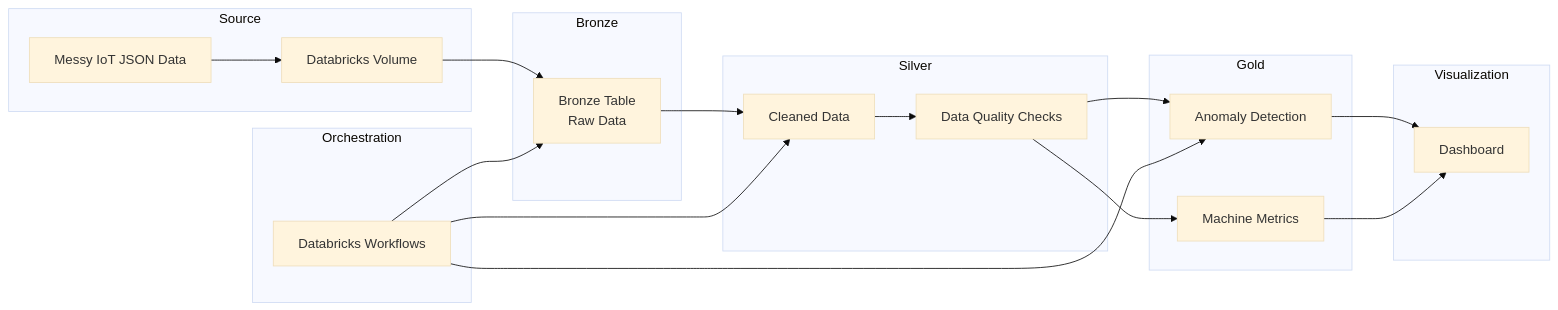
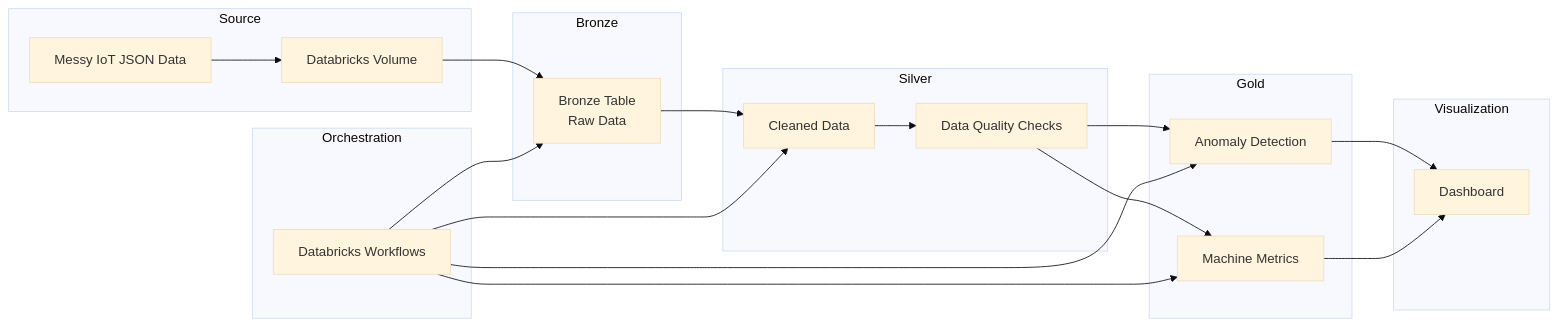
The diagram in README.md (seyfe2023/IoT-Machine-Health-Analytics-Pipeline-Databricks-Medallion-Architecture-), drawn with Mermaid (base theme) before and after one commit.

Commit message:
Add connection from Databricks Workflows to G

````diff
--- a/README.md
+++ b/README.md
@@ -11,31 +11,32 @@
 ```mermaid
 flowchart LR
     subgraph Source
         A[Messy IoT JSON Data] --> B[Databricks Volume]
     end
 
     subgraph Bronze
         B --> C[Bronze Table<br/>Raw Data]
     end
 
     subgraph Silver
         C --> D[Cleaned Data]
         D --> E[Data Quality Checks]
     end
 
     subgraph Gold
         E --> F[Anomaly Detection]
         E --> G[Machine Metrics]
     end
 
     subgraph Orchestration
         H[Databricks Workflows] --> C
         H --> D
         H --> F
+H --> G
     end
 
     subgraph Visualization
         F --> I[Dashboard]
         G --> I
     end
 ```
````
